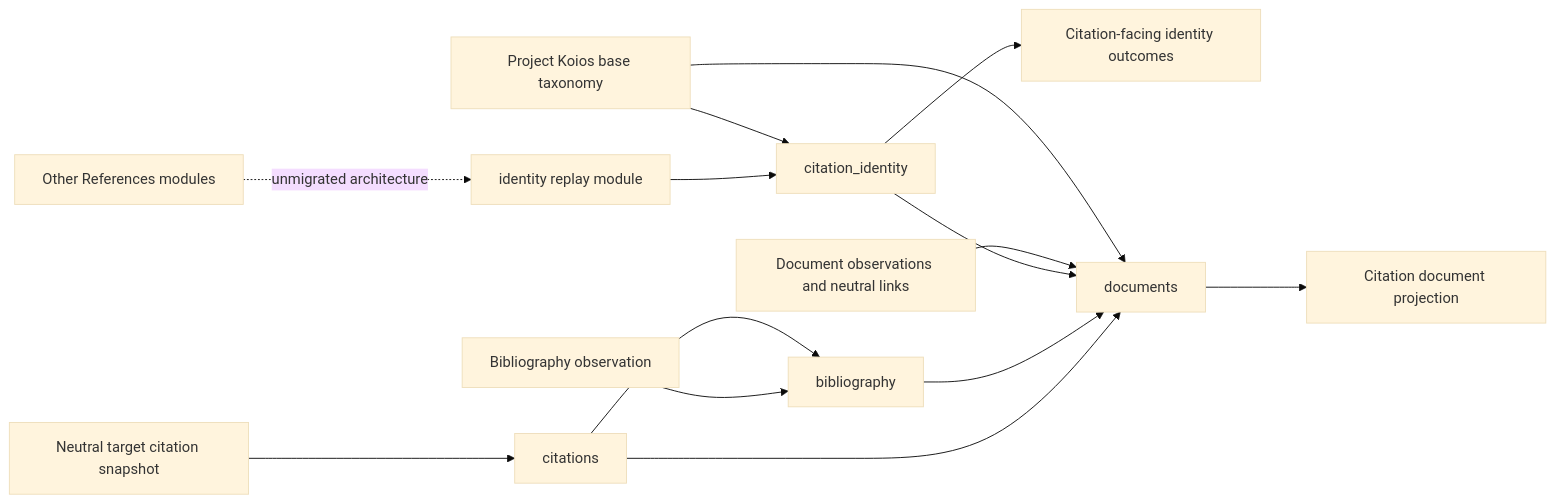
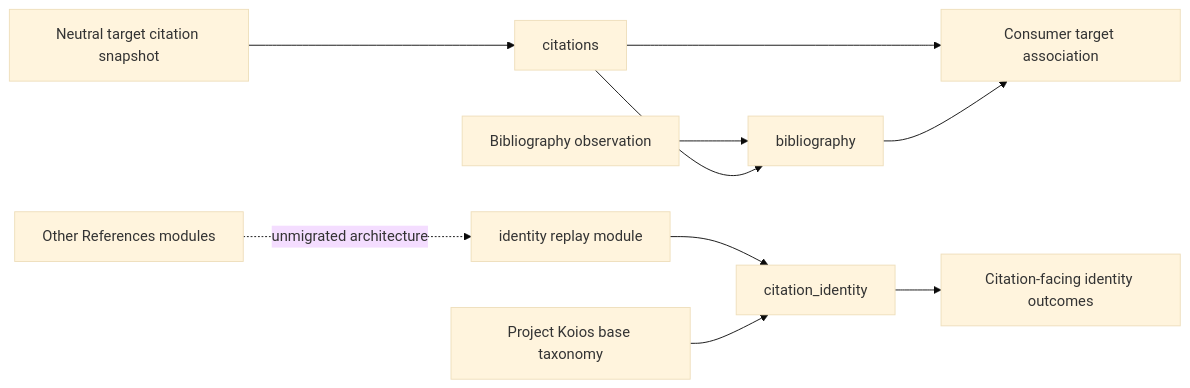
One commit to eragasa/projectkoios-references changed the diagram in docs/architecture/projectkoios/references/schematic.md. Above: the diagram before and after it, drawn with Mermaid (base theme). The commit also changed other lines of this file and 54 other files, not shown here.

````diff
--- a/docs/architecture/projectkoios/references/schematic.md
+++ b/docs/architecture/projectkoios/references/schematic.md
@@ -6,16 +6,12 @@
 ```mermaid
 flowchart LR
     I[identity replay module] --> P[citation_identity]
     P --> O[Citation-facing identity outcomes]
     T[Neutral target citation snapshot] --> C[citations]
-    O2[Bibliography observation] --> G[bibliography]
-    C --> G
-    C --> D[documents]
-    G --> D
-    P --> D
-    E[Document observations and neutral links] --> D
-    D --> R[Citation document projection]
-    B[Project Koios base taxonomy] --> P
-    B --> D
+    O2[Bibliography observation] --> B[bibliography]
+    C --> B
+    C --> X[Consumer target association]
+    B --> X
+    K[Project Koios base taxonomy] --> P
     U[Other References modules] -. unmigrated architecture .-> I
 ```
````
